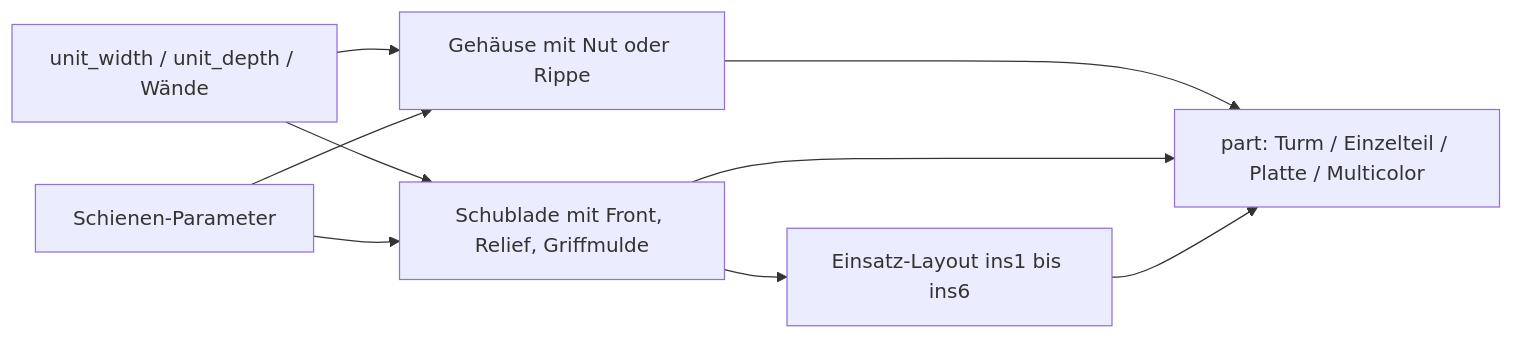
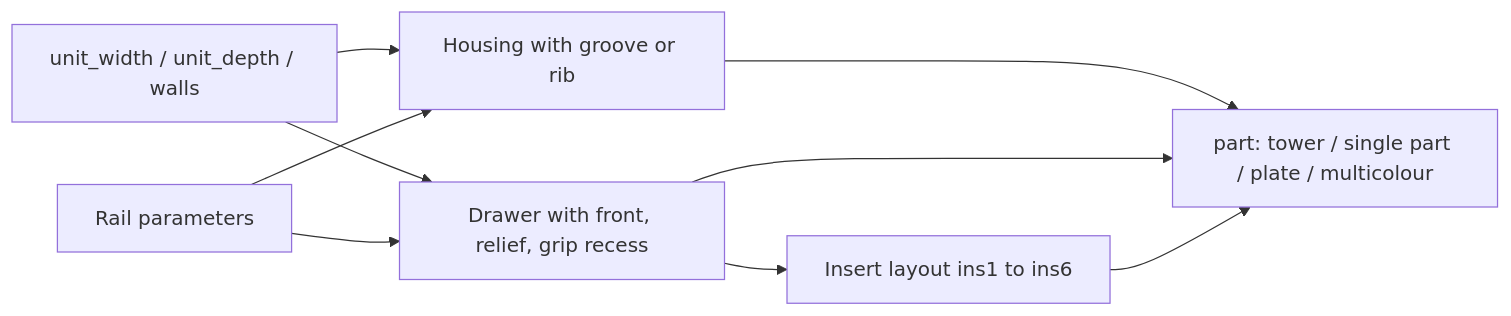
Before and after one commit to BetaHydri/parametric-cad-models: the diagram in models/stackable-drawer-organizer/README.md, drawn with Mermaid. The commit also changed other lines of this file and 57 other files, not shown here.

````diff
--- a/models/stackable-drawer-organizer/README.md
+++ b/models/stackable-drawer-organizer/README.md
@@ -271,11 +270,11 @@
 ```mermaid
 flowchart LR
-    M[unit_width / unit_depth / Wände] --> H[Gehäuse mit Nut oder Rippe]
-    M --> D[Schublade mit Front, Relief, Griffmulde]
-    S[Schienen-Parameter] --> H
+    M[unit_width / unit_depth / walls] --> H[Housing with groove or rib]
+    M --> D[Drawer with front, relief, grip recess]
+    S[Rail parameters] --> H
     S --> D
-    D --> I[Einsatz-Layout ins1 bis ins6]
-    H --> P[part: Turm / Einzelteil / Platte / Multicolor]
+    D --> I[Insert layout ins1 to ins6]
+    H --> P[part: tower / single part / plate / multicolour]
     D --> P
     I --> P
 ```
````
